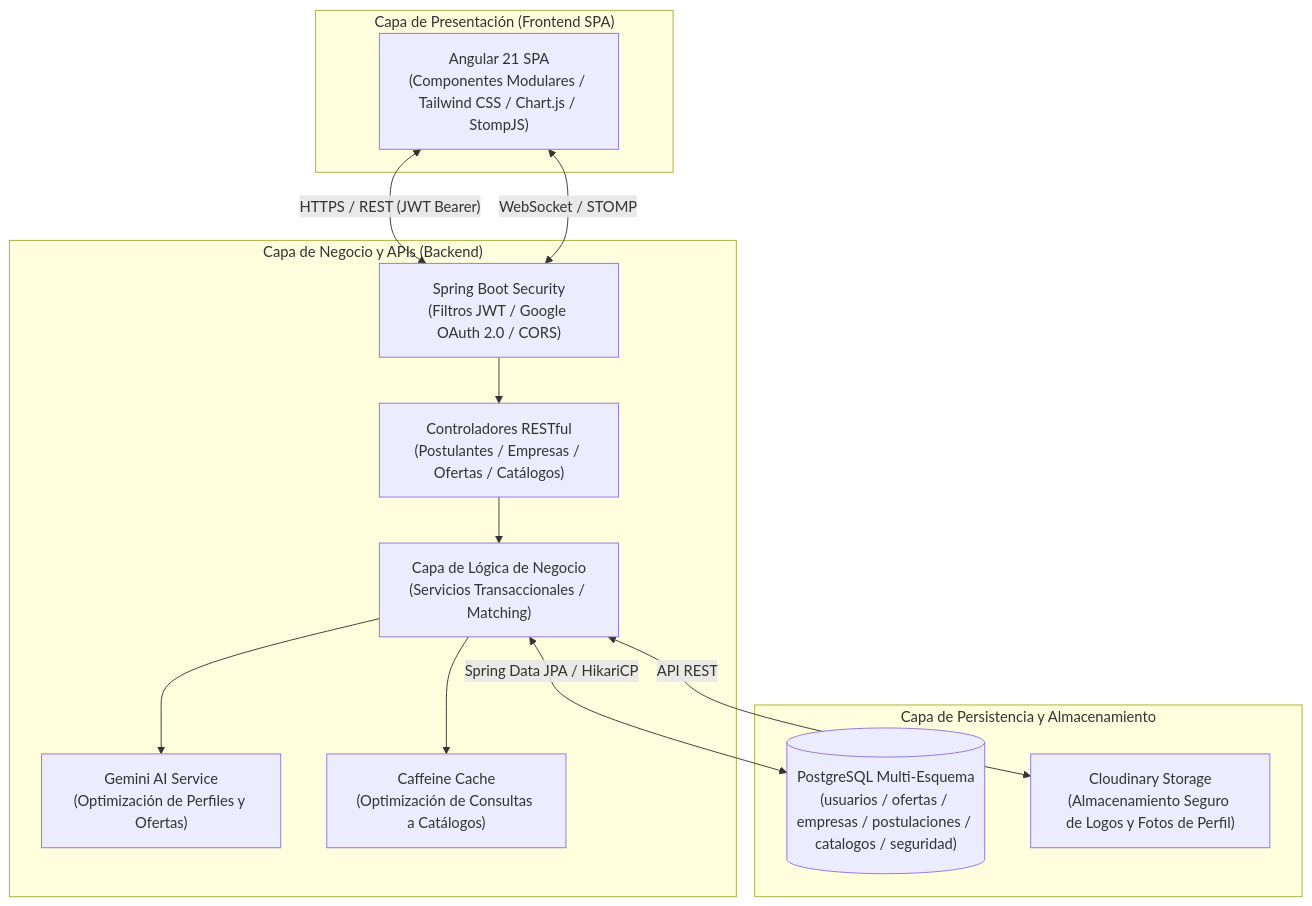
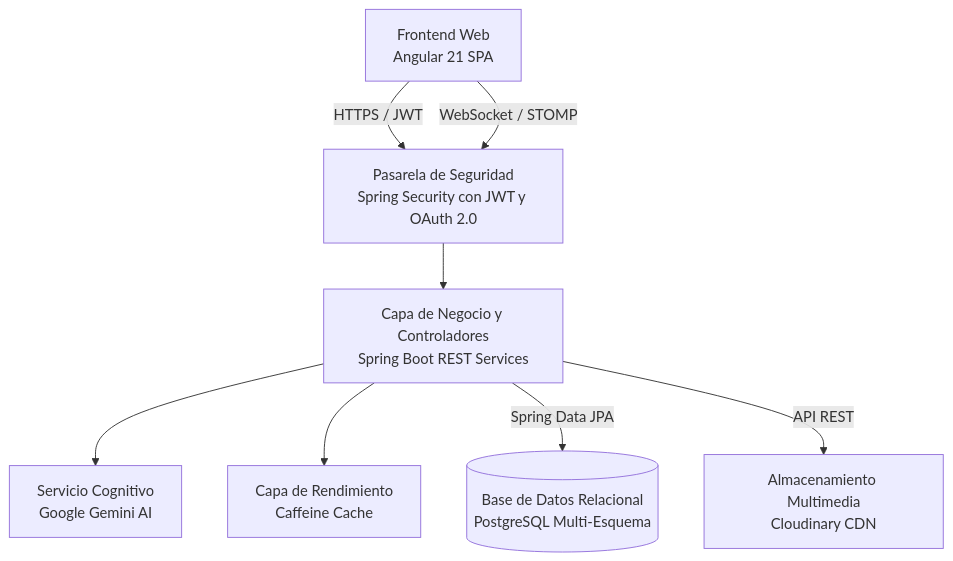
Before and after one commit to JeremyJaramillo72/Bolsa-de-Empleo-Web-Platform: the diagram in README.md, drawn with Mermaid.

Commit message:
fix(docs): corregir sintaxis de diagrama Mermaid para renderizado en GitHub

````diff
--- a/README.md
+++ b/README.md
@@ -46,28 +46,18 @@
 ```mermaid
 flowchart TD
-    subgraph CapaCliente["Capa de Presentación (Frontend SPA)"]
-        SPA["Angular 21 SPA\n(Componentes Modulares / Tailwind CSS / Chart.js / StompJS)"]
-    end
+    SPA["Frontend Web<br/>Angular 21 SPA"]
+    Gateway["Pasarela de Seguridad<br/>Spring Security con JWT y OAuth 2.0"]
+    API["Capa de Negocio y Controladores<br/>Spring Boot REST Services"]
+    AI["Servicio Cognitivo<br/>Google Gemini AI"]
+    Cache["Capa de Rendimiento<br/>Caffeine Cache"]
+    DB[("Base de Datos Relacional<br/>PostgreSQL Multi-Esquema")]
+    Storage["Almacenamiento Multimedia<br/>Cloudinary CDN"]
 
-    subgraph CapaServicios["Capa de Negocio y APIs (Backend)"]
-        Gateway["Spring Boot Security\n(Filtros JWT / Google OAuth 2.0 / CORS)"]
-        Controllers["Controladores RESTful\n(Postulantes / Empresas / Ofertas / Catálogos)"]
-        Services["Capa de Lógica de Negocio\n(Servicios Transaccionales / Matching)"]
-        AIService["Gemini AI Service\n(Optimización de Perfiles y Ofertas)"]
-        Cache["Caffeine Cache\n(Optimización de Consultas a Catálogos)"]
-    end
-
-    subgraph CapaDatos["Capa de Persistencia y Almacenamiento"]
-        DB[("PostgreSQL Multi-Esquema\n(usuarios / ofertas / empresas / postulaciones / catalogos / seguridad)")]
-        Cloudinary["Cloudinary Storage\n(Almacenamiento Seguro de Logos y Fotos de Perfil)"]
-    end
-
-    SPA <-->|"HTTPS / REST (JWT Bearer)"| Gateway
-    SPA <-->|"WebSocket / STOMP"| Gateway
-    Gateway --> Controllers
-    Controllers --> Services
-    Services --> AIService
-    Services --> Cache
-    Services <-->|"Spring Data JPA / HikariCP"| DB
-    Services <-->|"API REST"| Cloudinary
+    SPA -->|HTTPS / JWT| Gateway
+    SPA -->|WebSocket / STOMP| Gateway
+    Gateway --> API
+    API --> AI
+    API --> Cache
+    API -->|Spring Data JPA| DB
+    API -->|API REST| Storage
 ```
````
